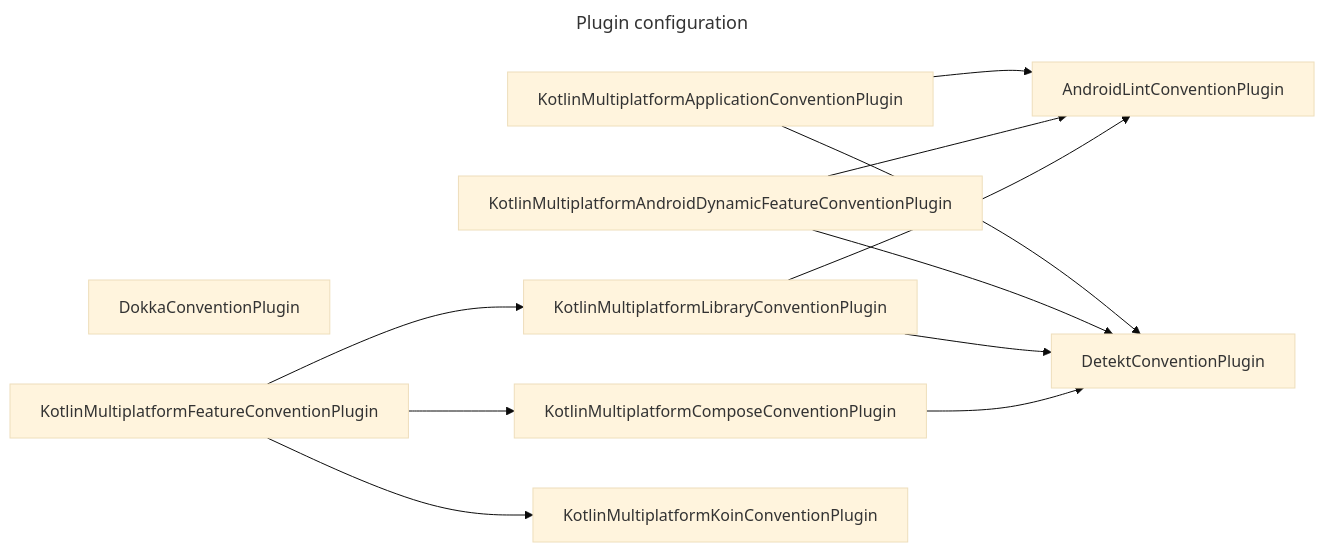
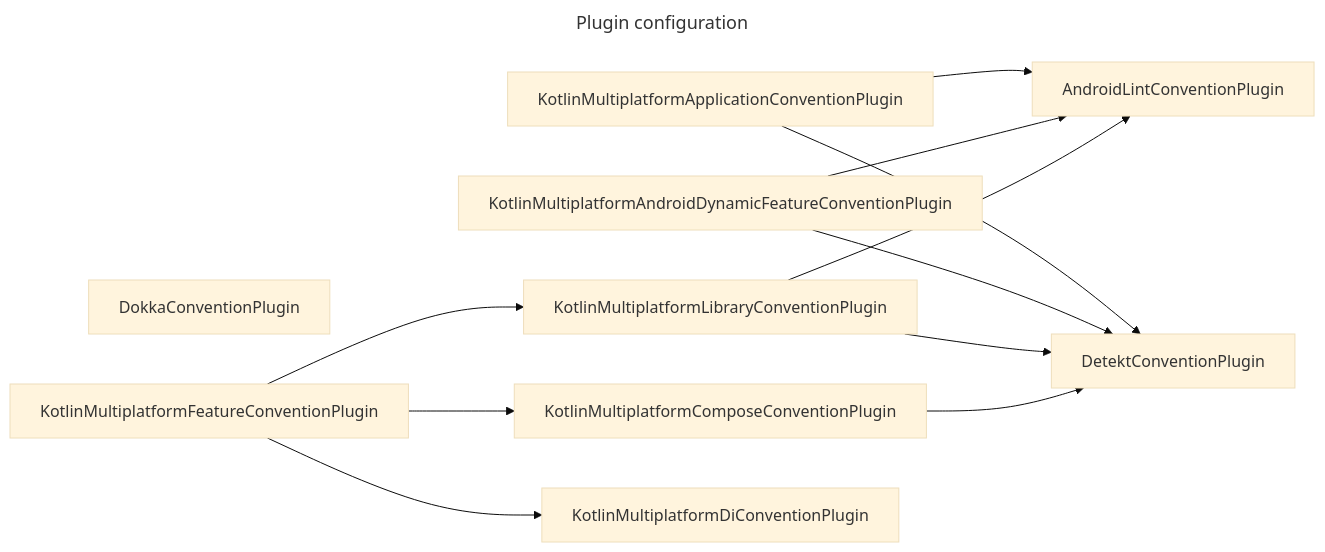
One commit to SorrowBlue/ComicViewer changed the first of 2 diagrams in README.md. Above: the diagram before and after it, drawn with Mermaid (base theme). The commit also changed 983 other files, not shown here.

````diff
--- a/README.md
+++ b/README.md
@@ -25,25 +25,25 @@
 ```mermaid
 ---
 title: Plugin configuration
 ---
 graph LR
     DetektConventionPlugin
     DokkaConventionPlugin
 
     KotlinMultiplatformApplicationConventionPlugin --> AndroidLintConventionPlugin
     KotlinMultiplatformApplicationConventionPlugin --> DetektConventionPlugin
 
     KotlinMultiplatformAndroidDynamicFeatureConventionPlugin --> AndroidLintConventionPlugin
     KotlinMultiplatformAndroidDynamicFeatureConventionPlugin --> DetektConventionPlugin
 
     KotlinMultiplatformLibraryConventionPlugin --> AndroidLintConventionPlugin
     KotlinMultiplatformLibraryConventionPlugin --> DetektConventionPlugin
 
     KotlinMultiplatformComposeConventionPlugin --> DetektConventionPlugin
 
-    KotlinMultiplatformKoinConventionPlugin
+    KotlinMultiplatformDiConventionPlugin
 
     KotlinMultiplatformFeatureConventionPlugin --> KotlinMultiplatformLibraryConventionPlugin
     KotlinMultiplatformFeatureConventionPlugin --> KotlinMultiplatformComposeConventionPlugin
-    KotlinMultiplatformFeatureConventionPlugin --> KotlinMultiplatformKoinConventionPlugin
+    KotlinMultiplatformFeatureConventionPlugin --> KotlinMultiplatformDiConventionPlugin
 ```
````
